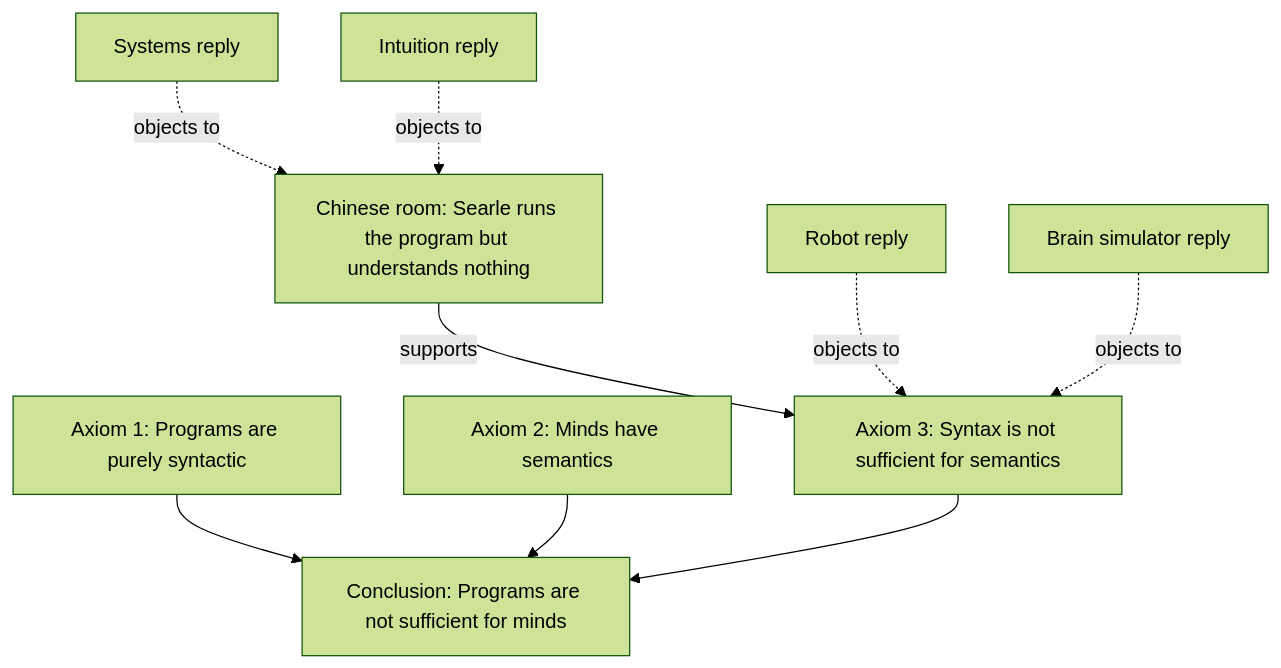
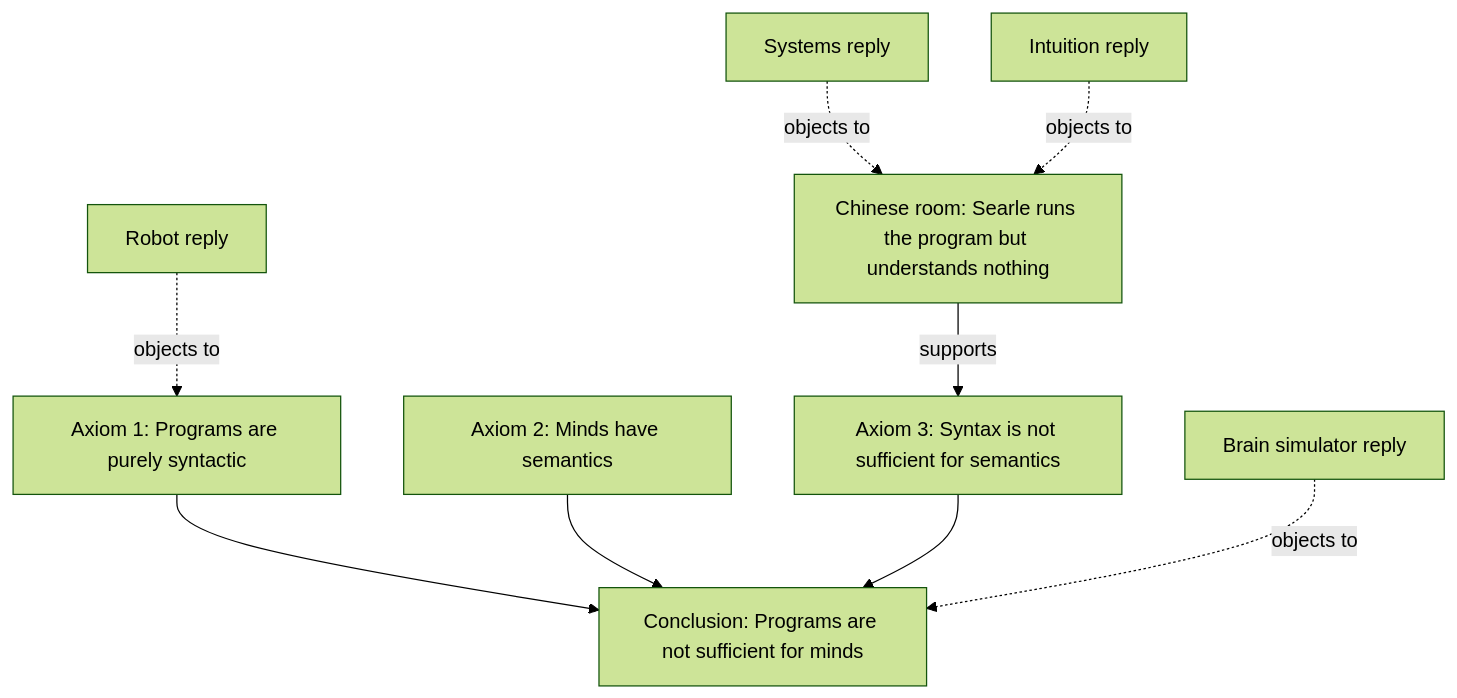
One commit to jbeynonedu/pr-explorer changed the diagram in content/philosophy-of-mind/searle-chinese-room.md. Above: the diagram before and after it, drawn with Mermaid (forest theme). The commit also changed other lines of this file and 5 other files, not shown here.

````diff
--- a/content/philosophy-of-mind/searle-chinese-room.md
+++ b/content/philosophy-of-mind/searle-chinese-room.md
@@ -78,11 +78,11 @@
 ```mermaid
 flowchart TD
   A1["Axiom 1: Programs are purely syntactic"] --> C["Conclusion: Programs are not sufficient for minds"]
   A2["Axiom 2: Minds have semantics"] --> C
   A3["Axiom 3: Syntax is not sufficient for semantics"] --> C
   CR["Chinese room: Searle runs the program but understands nothing"] -->|supports| A3
   SR["Systems reply"] -.->|objects to| CR
-  RR["Robot reply"] -.->|objects to| A3
-  BR["Brain simulator reply"] -.->|objects to| A3
   IR["Intuition reply"] -.->|objects to| CR
+  RR["Robot reply"] -.->|objects to| A1
+  BR["Brain simulator reply"] -.->|objects to| C
 ```
````
